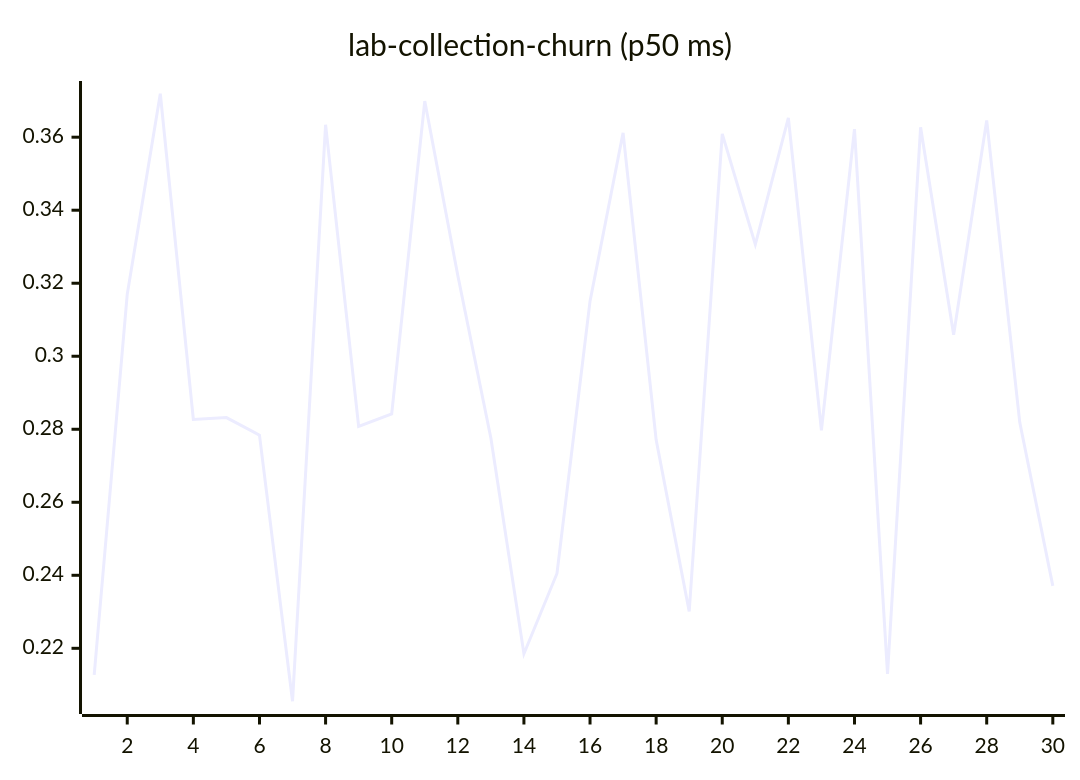
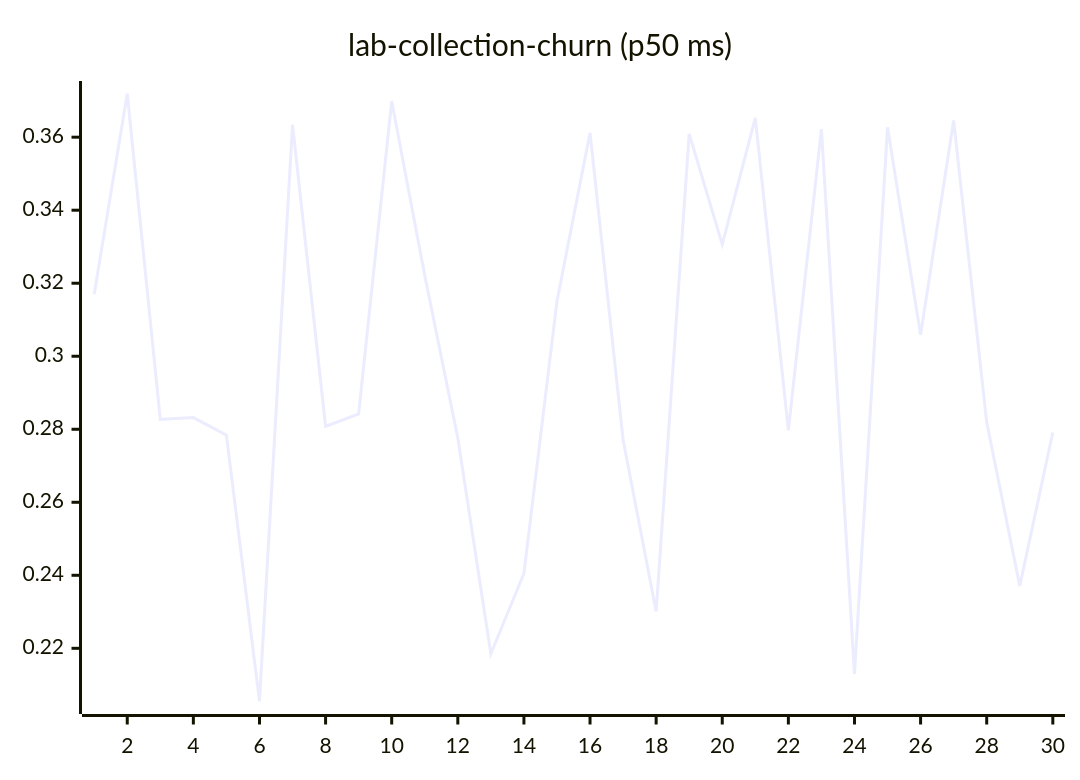
Diagram 11 of 27 in README.md (josha/Facet), drawn with Mermaid before and after one commit. The commit also changed other lines of this file and 2 other files, not shown here.

````diff
--- a/README.md
+++ b/README.md
@@ -133,6 +133,6 @@
 ```mermaid
 xychart-beta
     title "lab-collection-churn (p50 ms)"
     x-axis 1 --> 30
-    line [0.2127, 0.3170, 0.3719, 0.2827, 0.2832, 0.2784, 0.2055, 0.3634, 0.2808, 0.2842, 0.3699, 0.3221, 0.2776, 0.2185, 0.2405, 0.3151, 0.3612, 0.2771, 0.2301, 0.3609, 0.3306, 0.3653, 0.2797, 0.3622, 0.2130, 0.3627, 0.3059, 0.3646, 0.2819, 0.2371]
+    line [0.3170, 0.3719, 0.2827, 0.2832, 0.2784, 0.2055, 0.3634, 0.2808, 0.2842, 0.3699, 0.3221, 0.2776, 0.2185, 0.2405, 0.3151, 0.3612, 0.2771, 0.2301, 0.3609, 0.3306, 0.3653, 0.2797, 0.3622, 0.2130, 0.3627, 0.3059, 0.3646, 0.2819, 0.2371, 0.2791]
 ```
````
